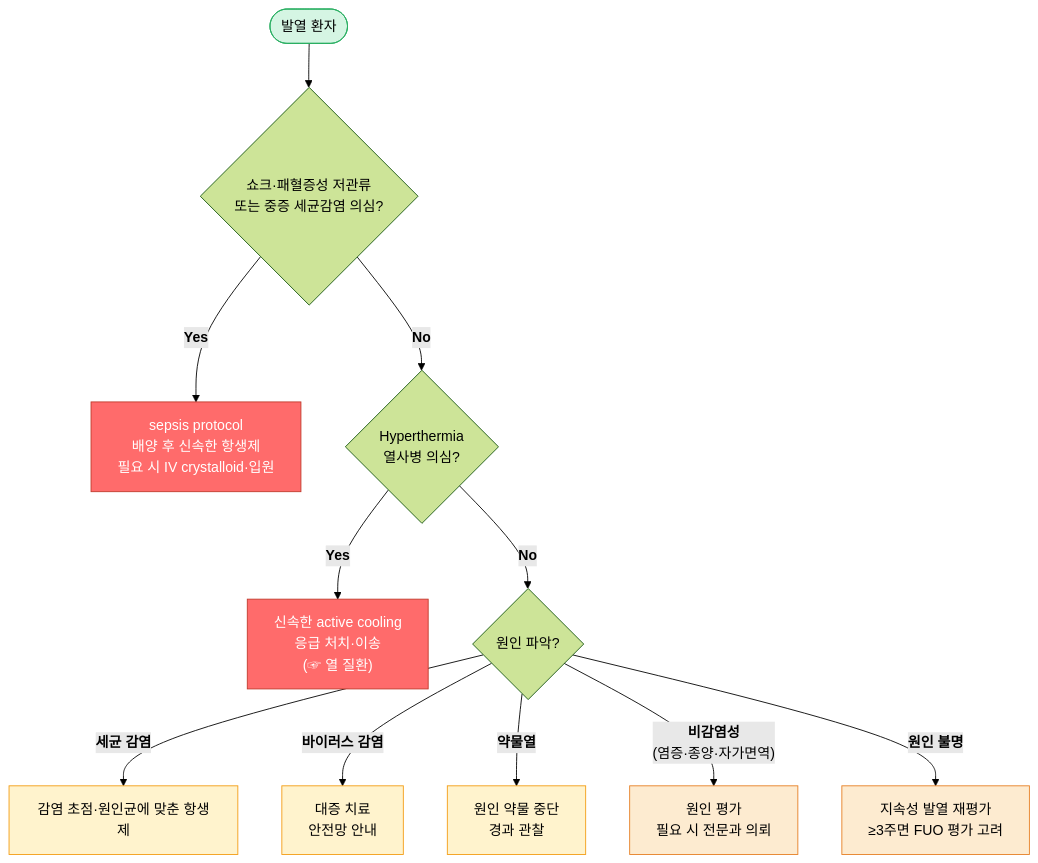
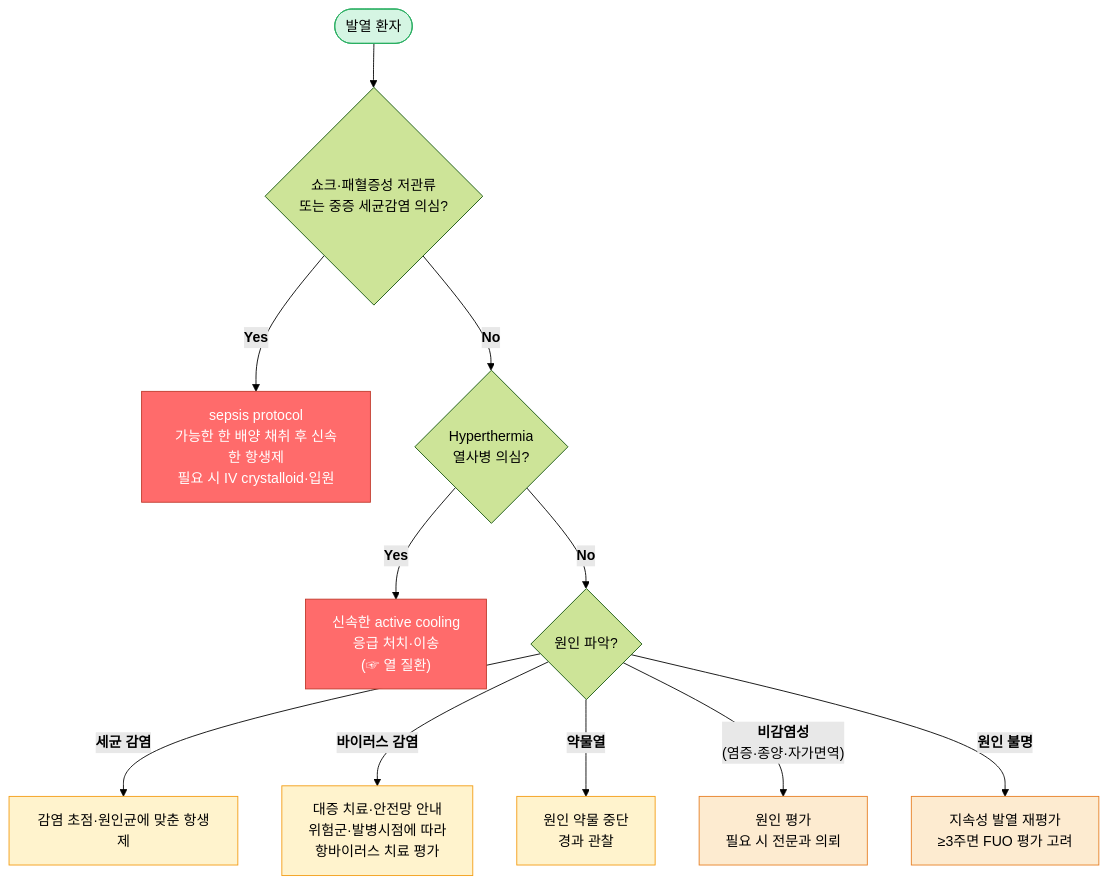
Before and after one commit to familyoh77/familyoh77: the second of 2 diagrams in 220_/011_-fever.md, drawn with Mermaid (forest theme). The commit also changed other lines of this file, not shown here.

````diff
--- a/220_/011_-fever.md
+++ b/220_/011_-fever.md
@@ -196,23 +211,23 @@
 ```mermaid
 graph TD
     A([발열 환자]) --> B{쇼크·패혈증성 저관류<br/>또는 중증 세균감염 의심?}
-    B -->|<b>Yes</b>| C["sepsis protocol<br/>배양 후 신속한 항생제<br/>필요 시 IV crystalloid·입원"]
+    B -->|<b>Yes</b>| C["sepsis protocol<br/>가능한 한 배양 채취 후 신속한 항생제<br/>필요 시 IV crystalloid·입원"]
     B -->|<b>No</b>| D{Hyperthermia<br/>열사병 의심?}
     D -->|<b>Yes</b>| E["신속한 active cooling<br/>응급 처치·이송<br/>(☞ 열 질환)"]
     D -->|<b>No</b>| F{원인 파악?}
     F -->|<b>세균 감염</b>| G["감염 초점·원인균에 맞춘 항생제"]
-    F -->|<b>바이러스 감염</b>| H["대증 치료<br/>안전망 안내"]
+    F -->|<b>바이러스 감염</b>| H["대증 치료·안전망 안내<br/>위험군·발병시점에 따라<br/>항바이러스 치료 평가"]
     F -->|<b>약물열</b>| I["원인 약물 중단<br/>경과 관찰"]
     F -->|"<b>비감염성</b><br/>(염증·종양·자가면역)"| J["원인 평가<br/>필요 시 전문과 의뢰"]
     F -->|<b>원인 불명</b>| K["지속성 발열 재평가<br/>≥3주면 FUO 평가 고려"]
 
     classDef red    fill:#ff6b6b,stroke:#c0392b,color:#fff
     classDef green  fill:#d5f5e3,stroke:#27ae60
     classDef yellow fill:#fff3cd,stroke:#f39c12
     classDef orange fill:#fdebd0,stroke:#e67e22
 
     class A green
     class C,E red
     class G,H,I yellow
     class J,K orange
 ```
````
